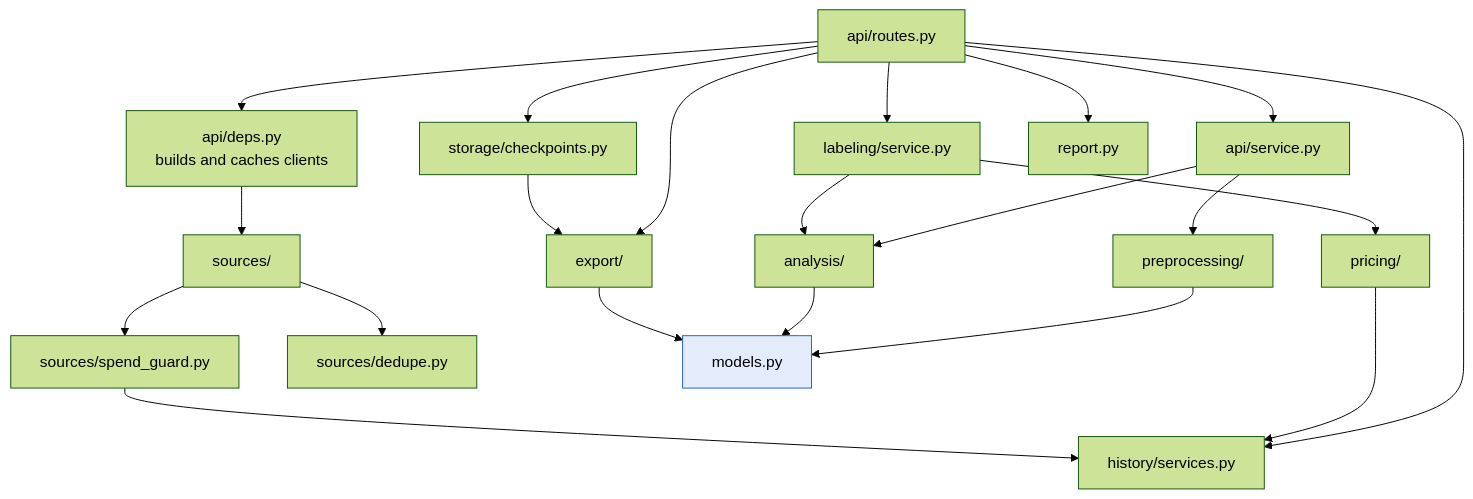
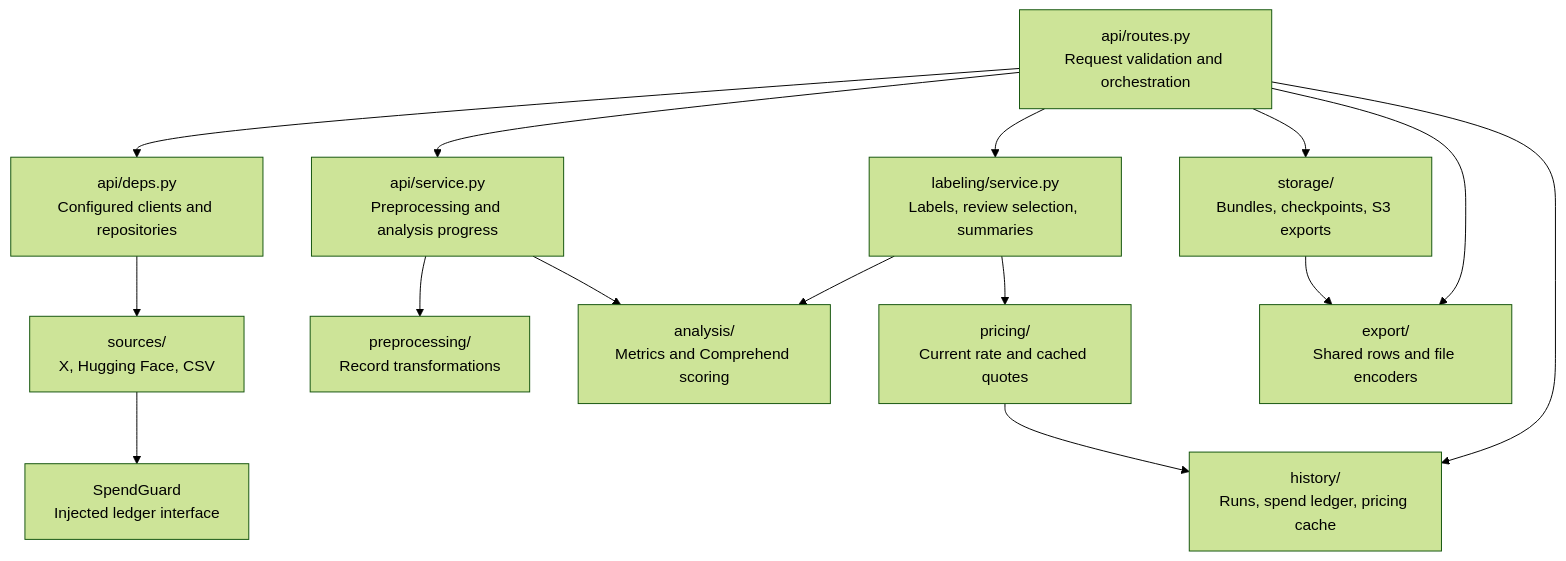
Before and after one commit to rharper12/NLP_Sentiment_Analyis: the third of 6 diagrams in docs/architecture-diagrams.md, drawn with Mermaid (forest theme). The commit also changed other lines of this file and 38 other files, not shown here.

````diff
--- a/docs/architecture-diagrams.md
+++ b/docs/architecture-diagrams.md
@@ -72,28 +55,19 @@
 ```mermaid
 flowchart TD
-    routes["api/routes.py"] --> service["api/service.py"]
-    routes --> labeling["labeling/service.py"]
-    routes --> deps["api/deps.py<br/>builds and caches clients"]
-    routes --> exp["export/"]
-    routes --> ckpt["storage/checkpoints.py"]
-    routes --> hist["history/services.py"]
-    routes --> rep["report.py"]
-
-    service --> pre["preprocessing/"]
-    service --> ana["analysis/"]
-    labeling --> ana
-    labeling --> pricing["pricing/"]
-    pricing --> hist
-    deps --> sources["sources/"]
-    sources --> guard["sources/spend_guard.py"]
-    sources --> dedupe["sources/dedupe.py"]
-    guard --> hist
-
-    pre --> models["models.py"]
-    ana --> models
-    exp --> models
-    ckpt --> exp
-
-    classDef base fill:#e4ecfb,stroke:#1f5fe0;
-    class models base
+    accTitle: Module responsibilities
+    accDescr: API routes coordinate injected dependencies, preprocessing, analysis, labelling, exports, storage, and history services.
+    Routes["api/routes.py<br/>Request validation and orchestration"] --> Deps["api/deps.py<br/>Configured clients and repositories"]
+    Routes --> Service["api/service.py<br/>Preprocessing and analysis progress"]
+    Routes --> Labels["labeling/service.py<br/>Labels, review selection, summaries"]
+    Routes --> Storage["storage/<br/>Bundles, checkpoints, S3 exports"]
+    Routes --> Exports["export/<br/>Shared rows and file encoders"]
+    Routes --> History["history/<br/>Runs, spend ledger, pricing cache"]
+    Deps --> Sources["sources/<br/>X, Hugging Face, CSV"]
+    Service --> Pipeline["preprocessing/<br/>Record transformations"]
+    Service --> Analysis["analysis/<br/>Metrics and Comprehend scoring"]
+    Labels --> Analysis
+    Labels --> Pricing["pricing/<br/>Current rate and cached quotes"]
+    Pricing --> History
+    Sources --> Guard["SpendGuard<br/>Injected ledger interface"]
+    Storage --> Exports
 ```
````
